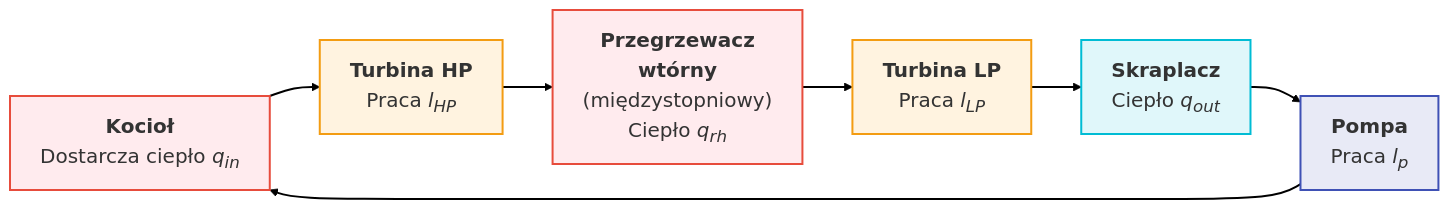
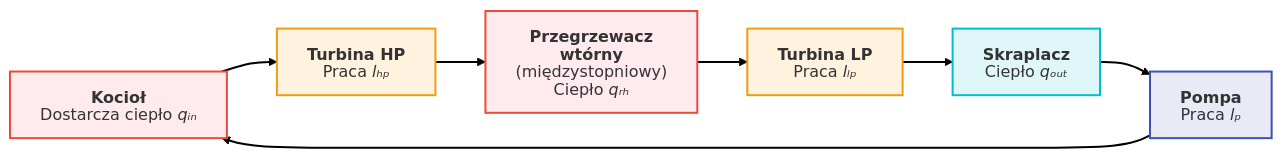
One commit to moondec/Termodynamika changed the third of 3 diagrams in Wyklady/10_Obiegi_Parowe.qmd. Above: the diagram before and after it, drawn with Mermaid. The commit also changed other lines of this file and 84 other files, not shown here.

First line of the commit message:
Wykłady: diagramy mermaid bez ucinania i dopasowane do slajdów

````diff
--- a/Wyklady/10_Obiegi_Parowe.qmd
+++ b/Wyklady/10_Obiegi_Parowe.qmd
@@ -716,22 +726,28 @@
 ```{mermaid}
 %%| fig-align: center
-%%| fig-width: 12
-%%| fig-height: 3
-%%{init: {'theme': 'default', 'flowchart': { 'useMaxWidth': false, 'htmlLabels': true }, 'themeVariables': { 'fontSize': '20px', 'fontFamily': 'sans-serif' }}}%%
+%%{init: {'theme': 'default', 'flowchart': {'htmlLabels': false, 'wrappingWidth': 400, 'subGraphTitleMargin': {'top': 6, 'bottom': 16}}, 'themeVariables': {'fontSize': '16px', 'fontFamily': 'Arial, Helvetica, sans-serif'}, 'htmlLabels': false}}%%
 flowchart LR
-    K["<b>Kocioł</b><br>Dostarcza ciepło <em style='font-style: italic'>q<sub>in</sub></em>"] --> HP["<b>Turbina HP</b><br>Praca <em style='font-style: italic'>l<sub>HP</sub></em>"]
-    HP --> K2["<b>Przegrzewacz<br>wtórny</b><br>(międzystopniowy)<br>Ciepło <em style='font-style: italic'>q<sub>rh</sub></em>"]
-    K2 --> LP["<b>Turbina LP</b><br>Praca <em style='font-style: italic'>l<sub>LP</sub></em>"]
-    LP --> S["<b>Skraplacz</b><br>Ciepło <em style='font-style: italic'>q<sub>out</sub></em>"]
-    S --> P["<b>Pompa</b><br>Praca <em style='font-style: italic'>l<sub>p</sub></em>"]
+    K["`**Kocioł**
+Dostarcza ciepło *qᵢₙ*`"] --> HP["`**Turbina HP**
+Praca *lₕₚ*`"]
+    HP --> K2["`**Przegrzewacz**
+**wtórny**
+(międzystopniowy)
+Ciepło *qᵣₕ*`"]
+    K2 --> LP["`**Turbina LP**
+Praca *lₗₚ*`"]
+    LP --> S["`**Skraplacz**
+Ciepło *qₒᵤₜ*`"]
+    S --> P["`**Pompa**
+Praca *lₚ*`"]
     P --> K
     
     style K fill:#ffebee,stroke:#e74c3c,stroke-width:2px
     style K2 fill:#ffebee,stroke:#e74c3c,stroke-width:2px
     style HP fill:#fff3e0,stroke:#f39c12,stroke-width:2px
     style LP fill:#fff3e0,stroke:#f39c12,stroke-width:2px
     style S fill:#e0f7fa,stroke:#00bcd4,stroke-width:2px
     style P fill:#e8eaf6,stroke:#3f51b5,stroke-width:2px
     
     linkStyle default stroke-width:2px,fill:none,stroke:black
 ```
````
